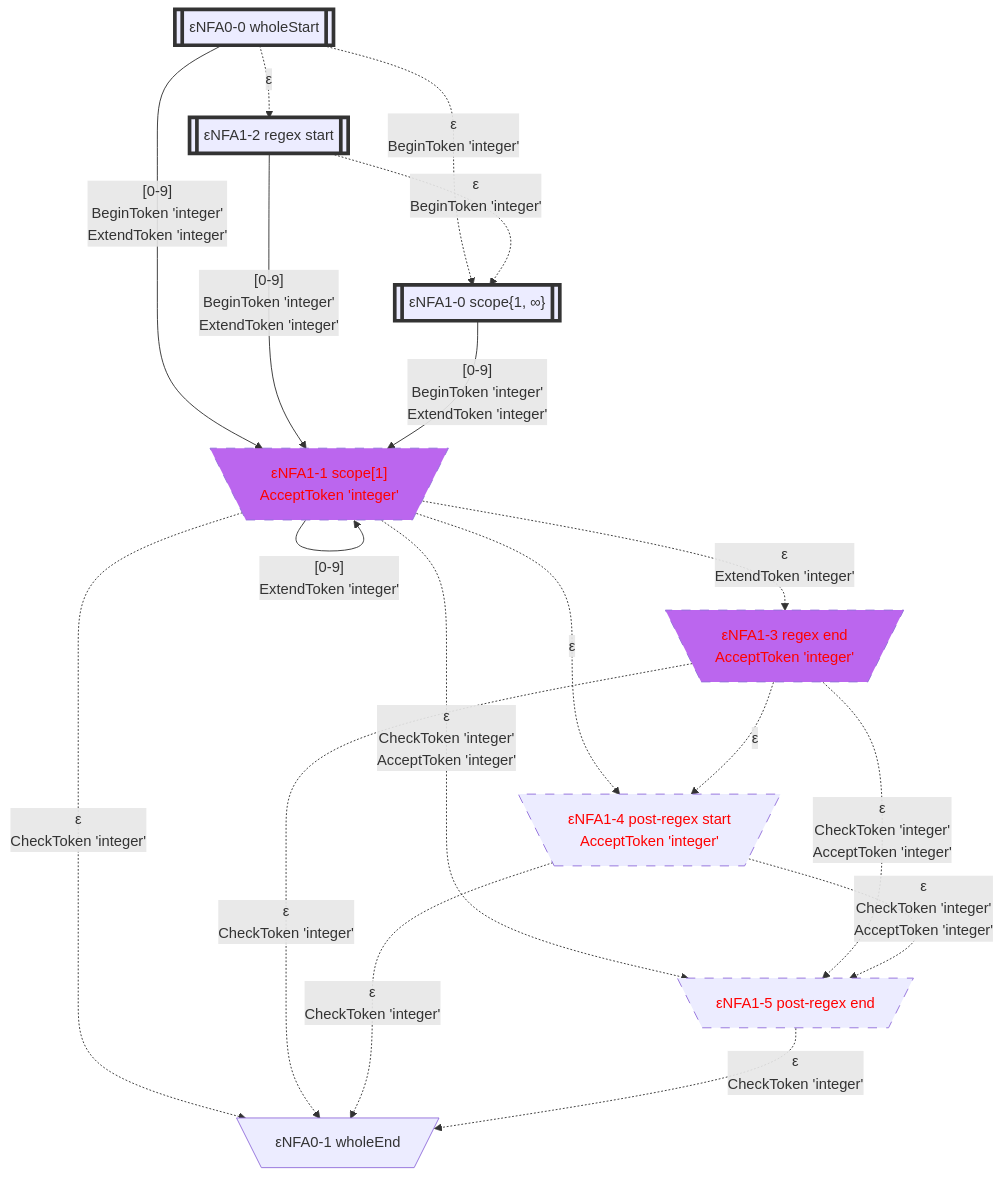
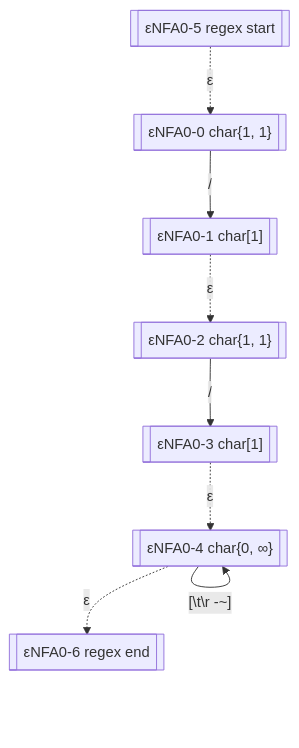
Before and after one commit to bitzhuwei/GrammarMentor: the fifth of 13 diagrams in Practices/Practice.GeneratedXxxFormat.Test/GeneratedInts/LexicalAnalyzer/README.gen.md, drawn with Mermaid. The commit also changed other lines of this file and 3868 other files, not shown here.

````diff
--- a/Practices/Practice.GeneratedXxxFormat.Test/GeneratedInts/LexicalAnalyzer/README.gen.md
+++ b/Practices/Practice.GeneratedXxxFormat.Test/GeneratedInts/LexicalAnalyzer/README.gen.md
@@ -120,74 +157,32 @@
 ```Mermaid
 flowchart
 classDef c0001 color:#FF0000;
 classDef c0010 stroke-dasharray: 10 10;
 classDef c0011 stroke-dasharray: 10 10,color:#FF0000;
 classDef c0100 fill:#BB66EE;
 classDef c0101 fill:#BB66EE,color:#FF0000;
 classDef c0110 fill:#BB66EE,stroke-dasharray: 10 10;
 classDef c0111 fill:#BB66EE,stroke-dasharray: 10 10,color:#FF0000;
 classDef c1000 stroke:#333,stroke-width:4px;
 classDef c1001 stroke:#333,stroke-width:4px,color:#FF0000;
 classDef c1010 stroke:#333,stroke-width:4px,stroke-dasharray: 10 10;
 classDef c1011 stroke:#333,stroke-width:4px,stroke-dasharray: 10 10,color:#FF0000;
 classDef c1100 stroke:#333,stroke-width:4px,fill:#BB66EE;
 classDef c1101 stroke:#333,stroke-width:4px,fill:#BB66EE,color:#FF0000;
 classDef c1110 stroke:#333,stroke-width:4px,fill:#BB66EE,stroke-dasharray: 10 10;
 classDef c1111 stroke:#333,stroke-width:4px,fill:#BB66EE,stroke-dasharray: 10 10,color:#FF0000;
-eNFA0_0_47183160[["εNFA0-0 wholeStart"]]
-class eNFA0_0_47183160 c1000;
-eNFA1_2_37688803[["εNFA1-2 regex start"]]
-class eNFA1_2_37688803 c1000;
-eNFA1_0_41384867[["εNFA1-0 scope{1, ∞}"]]
-class eNFA1_0_41384867 c1000;
-eNFA1_1_34424480[\"εNFA1-1 scope[1]
-AcceptToken 'integer'"/]
-class eNFA1_1_34424480 c0111;
-eNFA1_3_36919491[\"εNFA1-3 regex end
-AcceptToken 'integer'"/]
-class eNFA1_3_36919491 c0111;
-eNFA1_4_3654909[\"εNFA1-4 post-regex start
-AcceptToken 'integer'"/]
-class eNFA1_4_3654909 c0011;
-eNFA1_5_32894183[\"εNFA1-5 post-regex end"/]
-class eNFA1_5_32894183 c0011;
-eNFA0_1_27612194[\"εNFA0-1 wholeEnd"/]
-eNFA0_0_47183160 -.->|"ε"|eNFA1_2_37688803
-eNFA0_0_47183160 -.->|"ε
-BeginToken 'integer'"|eNFA1_0_41384867
-eNFA0_0_47183160 -->|"[0-9]
-BeginToken 'integer'
-ExtendToken 'integer'"|eNFA1_1_34424480
-eNFA1_2_37688803 -.->|"ε
-BeginToken 'integer'"|eNFA1_0_41384867
-eNFA1_2_37688803 -->|"[0-9]
-BeginToken 'integer'
-ExtendToken 'integer'"|eNFA1_1_34424480
-eNFA1_0_41384867 -->|"[0-9]
-BeginToken 'integer'
-ExtendToken 'integer'"|eNFA1_1_34424480
-eNFA1_1_34424480 -->|"[0-9]
-ExtendToken 'integer'"|eNFA1_1_34424480
-eNFA1_1_34424480 -.->|"ε
-ExtendToken 'integer'"|eNFA1_3_36919491
-eNFA1_1_34424480 -.->|"ε"|eNFA1_4_3654909
-eNFA1_1_34424480 -.->|"ε
-CheckToken 'integer'
-AcceptToken 'integer'"|eNFA1_5_32894183
-eNFA1_1_34424480 -.->|"ε
-CheckToken 'integer'"|eNFA0_1_27612194
-eNFA1_3_36919491 -.->|"ε"|eNFA1_4_3654909
-eNFA1_3_36919491 -.->|"ε
-CheckToken 'integer'
-AcceptToken 'integer'"|eNFA1_5_32894183
-eNFA1_3_36919491 -.->|"ε
-CheckToken 'integer'"|eNFA0_1_27612194
-eNFA1_4_3654909 -.->|"ε
-CheckToken 'integer'
-AcceptToken 'integer'"|eNFA1_5_32894183
-eNFA1_4_3654909 -.->|"ε
-CheckToken 'integer'"|eNFA0_1_27612194
-eNFA1_5_32894183 -.->|"ε
-CheckToken 'integer'"|eNFA0_1_27612194
-
+eNFA0_5_14797678[["εNFA0-5 regex start"]]
+eNFA0_0_66070243[["εNFA0-0 char{1, 1}"]]
+eNFA0_1_57761279[["εNFA0-1 char[1]"]]
+eNFA0_2_50089467[["εNFA0-2 char{1, 1}"]]
+eNFA0_3_25986055[["εNFA0-3 char[1]"]]
+eNFA0_4_32547908[["εNFA0-4 char{0, ∞}"]]
+eNFA0_6_24495719[["εNFA0-6 regex end"]]
+eNFA0_5_14797678 -.->|"ε"|eNFA0_0_66070243
+eNFA0_0_66070243 -->|"/"|eNFA0_1_57761279
+eNFA0_1_57761279 -.->|"ε"|eNFA0_2_50089467
+eNFA0_2_50089467 -->|"/"|eNFA0_3_25986055
+eNFA0_3_25986055 -.->|"ε"|eNFA0_4_32547908
+eNFA0_4_32547908 -->|"[#92;t#92;r#32;-~]"|eNFA0_4_32547908
+eNFA0_4_32547908 -.->|"ε"|eNFA0_6_24495719
 ```
````
